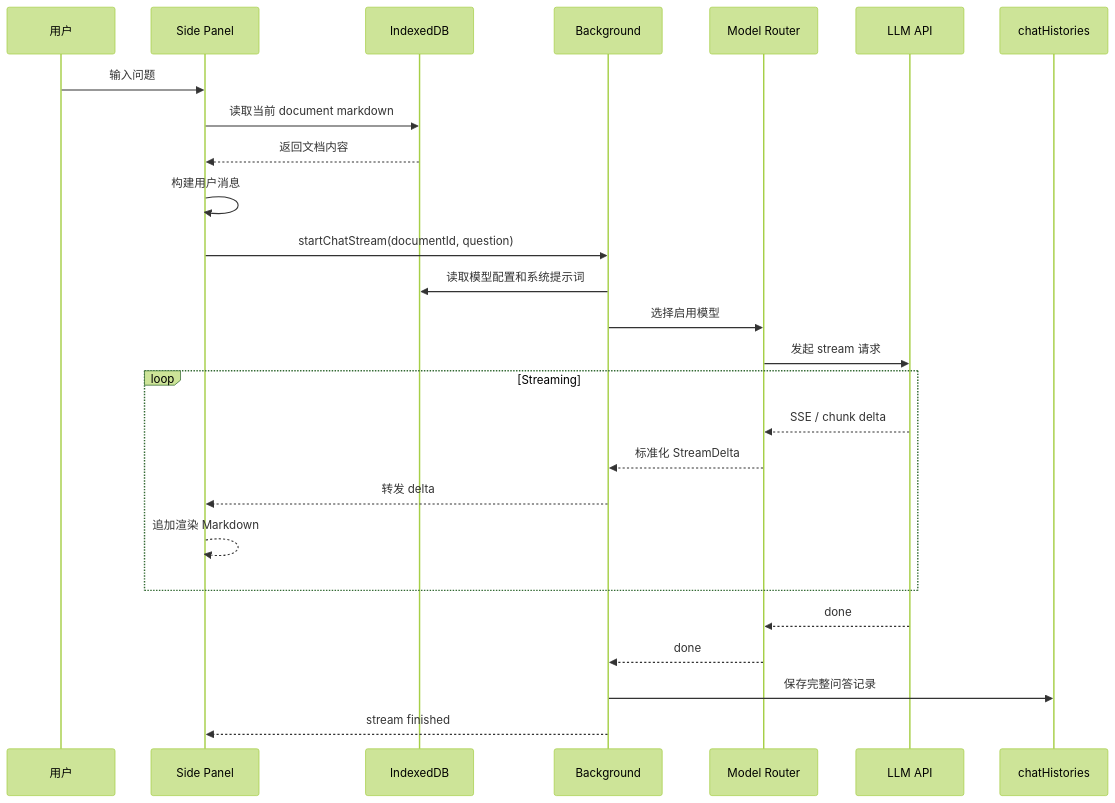
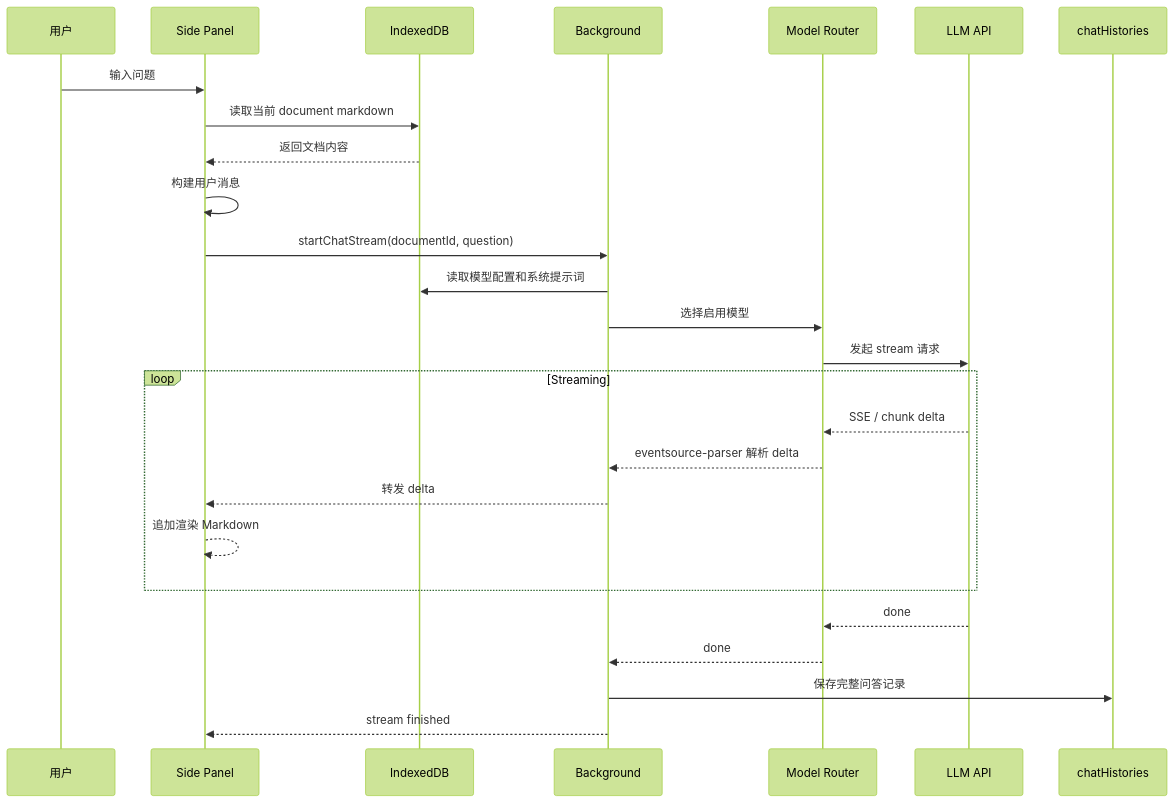
One commit to qqlcx5/ai-reader changed the fifth of 14 diagrams in doc/detail.md. Above: the diagram before and after it, drawn with Mermaid (forest theme). The commit also changed other lines of this file and 10 other files, not shown here.

````diff
--- a/doc/detail.md
+++ b/doc/detail.md
@@ -287,31 +280,31 @@
 ```mermaid
 sequenceDiagram
   participant U as 用户
   participant UI as Side Panel
   participant DB as IndexedDB
   participant BG as Background
   participant MR as Model Router
   participant LLM as LLM API
   participant CH as chatHistories
 
   U->>UI: 输入问题
   UI->>DB: 读取当前 document markdown
   DB-->>UI: 返回文档内容
   UI->>UI: 构建用户消息
   UI->>BG: startChatStream(documentId, question)
   BG->>DB: 读取模型配置和系统提示词
   BG->>MR: 选择启用模型
   MR->>LLM: 发起 stream 请求
 
   loop Streaming
     LLM-->>MR: SSE / chunk delta
-    MR-->>BG: 标准化 StreamDelta
+    MR-->>BG: eventsource-parser 解析 delta
     BG-->>UI: 转发 delta
     UI-->>UI: 追加渲染 Markdown
   end
 
   LLM-->>MR: done
   MR-->>BG: done
   BG->>CH: 保存完整问答记录
   BG-->>UI: stream finished
 ```
````
